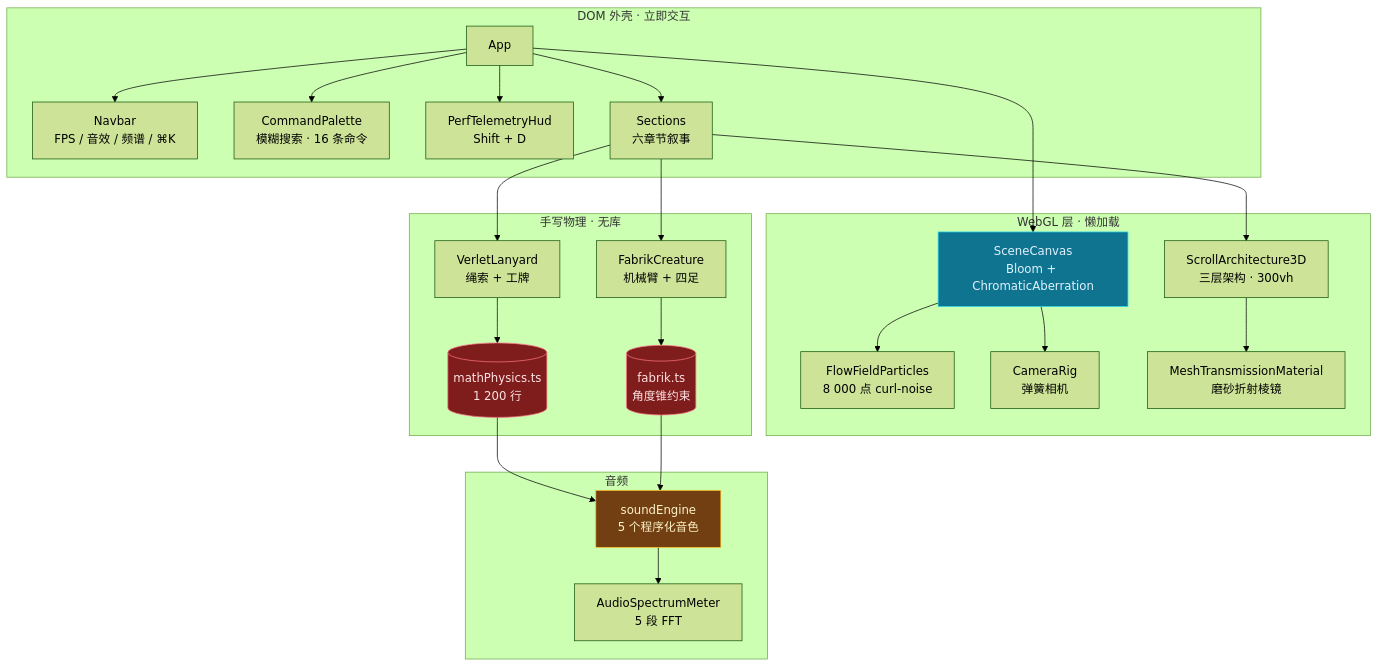
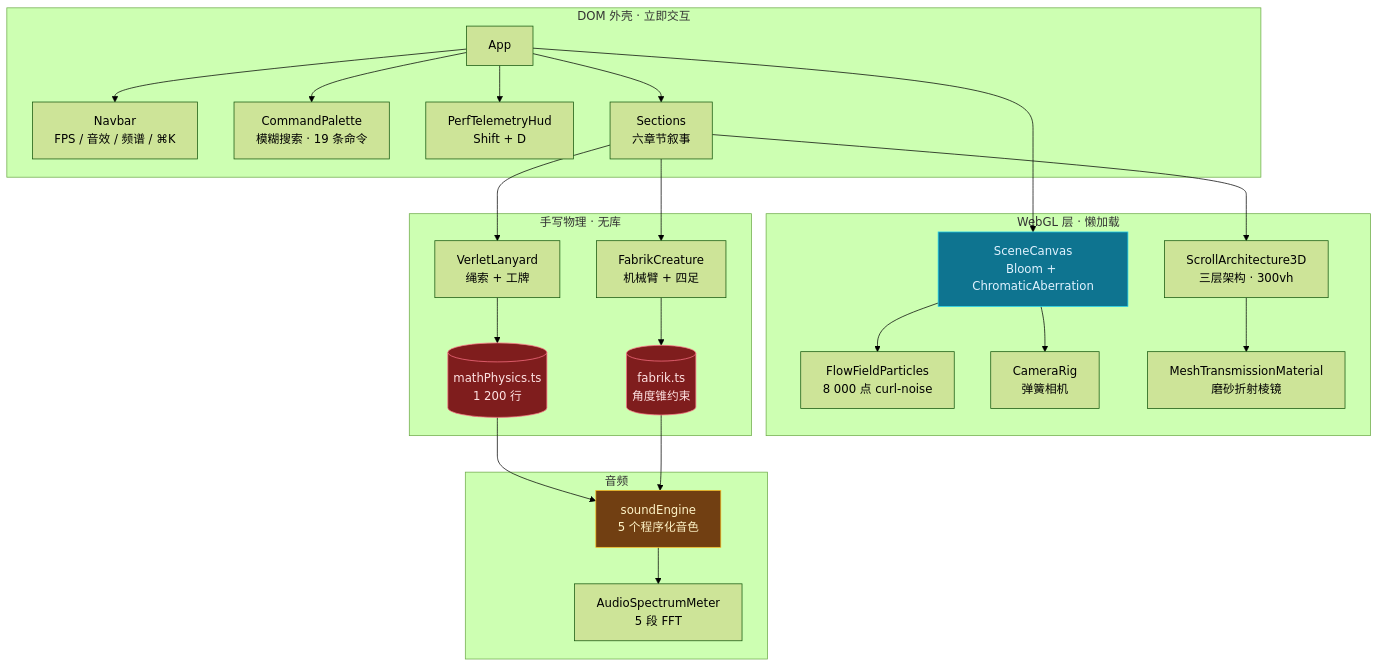
The second of 3 diagrams in README.md (Atlantier/interactive-showroom2), drawn with Mermaid (forest theme) before and after one commit. The commit also changed other lines of this file and 13 other files, not shown here.

````diff
--- a/README.md
+++ b/README.md
@@ -127,53 +142,53 @@
 ```mermaid
 graph TB
     subgraph SHELL["DOM 外壳 · 立即交互"]
         APP[App]
         NAV[Navbar<br/>FPS / 音效 / 频谱 / ⌘K]
-        CMD[CommandPalette<br/>模糊搜索 · 16 条命令]
+        CMD[CommandPalette<br/>模糊搜索 · 19 条命令]
         HUD[PerfTelemetryHud<br/>Shift + D]
         SEC[Sections<br/>六章节叙事]
     end
 
     subgraph CANVAS["WebGL 层 · 懒加载"]
         SC[SceneCanvas<br/>Bloom + ChromaticAberration]
         FF[FlowFieldParticles<br/>8 000 点 curl-noise]
         CAM[CameraRig<br/>弹簧相机]
         SA[ScrollArchitecture3D<br/>三层架构 · 300vh]
         PRISM[MeshTransmissionMaterial<br/>磨砂折射棱镜]
     end
 
     subgraph PHYSICS["手写物理 · 无库"]
         VL[VerletLanyard<br/>绳索 + 工牌]
         FC[FabrikCreature<br/>机械臂 + 四足]
         MP[(mathPhysics.ts<br/>1 200 行)]
         FK[(fabrik.ts<br/>角度锥约束)]
     end
 
     subgraph AUDIO["音频"]
         SE[soundEngine<br/>5 个程序化音色]
         SP[AudioSpectrumMeter<br/>5 段 FFT]
     end
 
     APP --> NAV
     APP --> CMD
     APP --> HUD
     APP --> SEC
     APP --> SC
 
     SC --> FF
     SC --> CAM
     SEC --> SA
     SA --> PRISM
     SEC --> VL
     SEC --> FC
     VL --> MP
     FC --> FK
     MP --> SE
     FK --> SE
     SE --> SP
 
     style SC fill:#0e7490,stroke:#22d3ee,color:#e0f2fe
     style MP fill:#7f1d1d,stroke:#fb7185,color:#fee2e2
     style FK fill:#7f1d1d,stroke:#fb7185,color:#fee2e2
     style SE fill:#713f12,stroke:#fbbf24,color:#fef3c7
 ```
````
